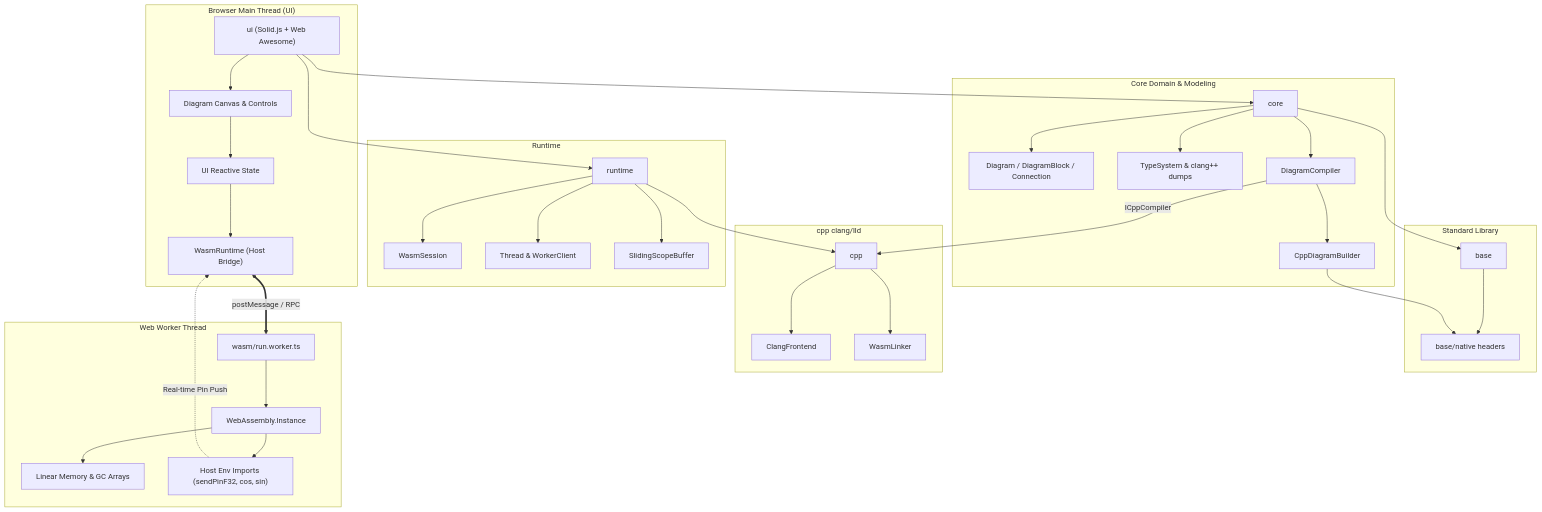
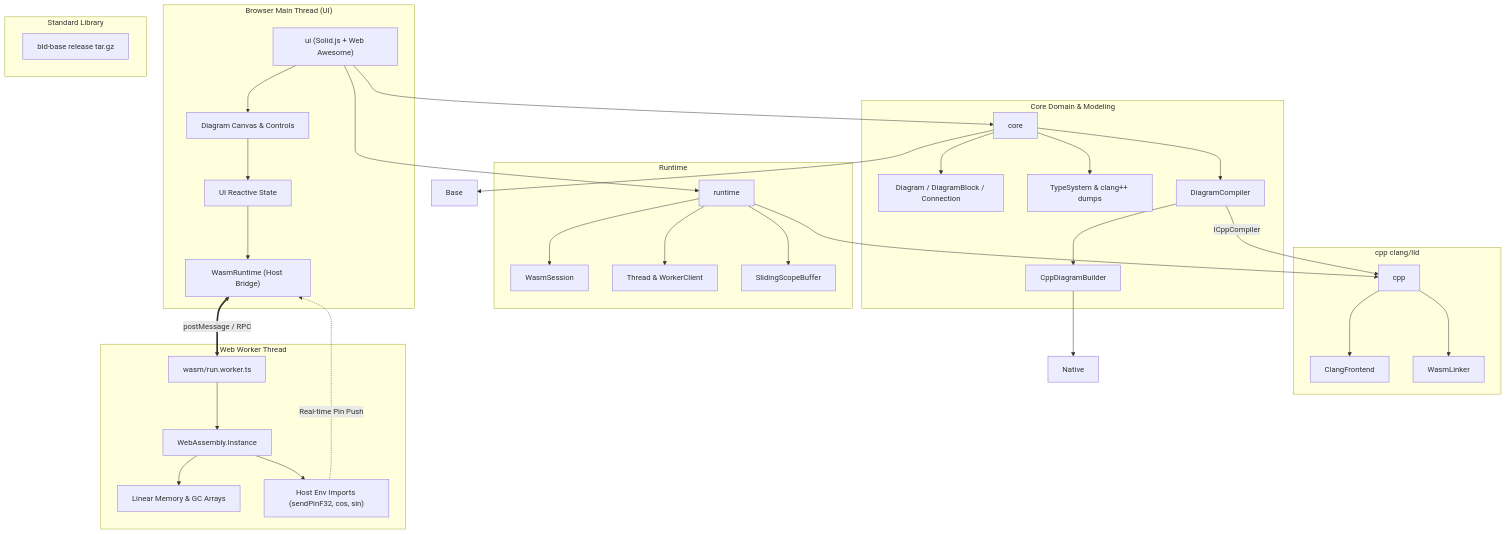
Before and after one commit to dzmauchy/bld: the first of 5 diagrams in README.md, drawn with Mermaid. The commit also changed other lines of this file and 55 other files, not shown here.

First line of the commit message:
Load the base library from the bld-base release archive.

````diff
--- a/README.md
+++ b/README.md
@@ -90,71 +88,69 @@
 ```mermaid
 graph TD
     subgraph BrowserUI["Browser Main Thread (UI)"]
         UI["ui (Solid.js + Web Awesome)"]
         Canvas["Diagram Canvas & Controls"]
         UIState["UI Reactive State"]
         WasmRT["WasmRuntime (Host Bridge)"]
         
         UI --> Canvas
         Canvas --> UIState
         UIState --> WasmRT
     end
 
     subgraph CoreDomain["Core Domain & Modeling"]
         Core["core"]
         Diag["Diagram / DiagramBlock / Connection"]
         TS["TypeSystem & clang++ dumps"]
         CompilerFacade["DiagramCompiler"]
         Builder["CppDiagramBuilder"]
 
         Core --> Diag
         Core --> TS
         Core --> CompilerFacade
         CompilerFacade --> Builder
     end
 
     subgraph RuntimePackage["Runtime"]
         Runtime["runtime"]
         Session["WasmSession"]
         ThreadMod["Thread & WorkerClient"]
         Buffers["SlidingScopeBuffer"]
 
         Runtime --> Session
         Runtime --> ThreadMod
         Runtime --> Buffers
     end
 
     subgraph BaseLib["Standard Library"]
-        Base["base"]
-        Native["base/native headers"]
-        Base --> Native
+        Release["bld-base release tar.gz"]
     end
 
     subgraph CppPkg["cpp clang/lld"]
         Cpp["cpp"]
         Clang["ClangFrontend"]
         Lld["WasmLinker"]
         Cpp --> Clang
         Cpp --> Lld
     end
 
     subgraph WorkerEnv["Web Worker Thread"]
         WorkerEntry["wasm/run.worker.ts"]
         WasmInst["WebAssembly.Instance"]
         SharedMem["Linear Memory & GC Arrays"]
         EnvBridge["Host Env Imports (sendPinF32, cos, sin)"]
 
         WorkerEntry --> WasmInst
         WasmInst --> SharedMem
         WasmInst --> EnvBridge
     end
 
     UI --> Core
     UI --> Runtime
     Core --> Base
     Runtime --> Cpp
     CompilerFacade -->|"ICppCompiler"| Cpp
     Builder --> Native
     WasmRT <==>|"postMessage / RPC"| WorkerEntry
     EnvBridge -.->|"Real-time Pin Push"| WasmRT
 ```
````
